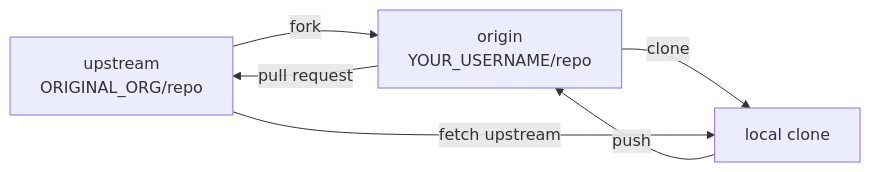
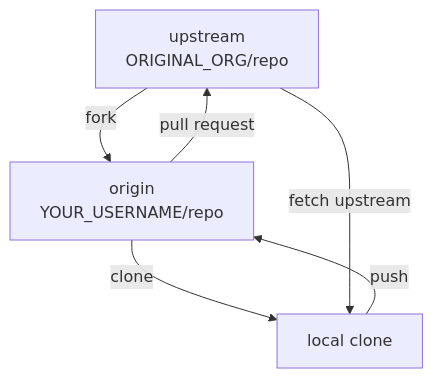
Before and after one commit to stephenturner/dstt: the second of 3 diagrams in git.qmd, drawn with Mermaid. The commit also changed other lines of this file and 7 other files, not shown here.

````diff
--- a/git.qmd
+++ b/git.qmd
@@ -148,11 +142,13 @@
 ```{mermaid}
-flowchart LR
-    U["upstream\nORIGINAL_ORG/repo"]
-    O["origin\nYOUR_USERNAME/repo"]
+flowchart TD
+    U["upstream
+       ORIGINAL_ORG/repo"]
+    O["origin
+       YOUR_USERNAME/repo"]
     L["local clone"]
     U -->|"fork"| O
     O -->|"clone"| L
     L -->|"push"| O
     O -->|"pull request"| U
     U -->|"fetch upstream"| L
 ```
````
